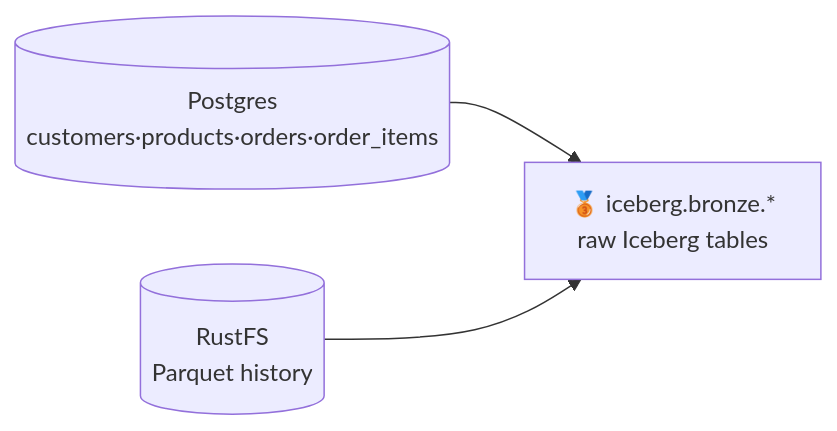
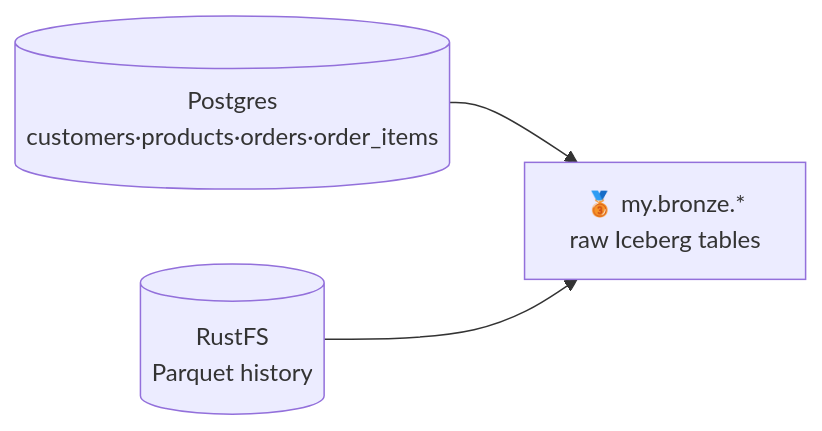
One commit to maarthala/data-engineering-lab changed the diagram in training/docs/unit4/read-bronze.md. Above: the diagram before and after it, drawn with Mermaid. The commit also changed other lines of this file and 55 other files, not shown here.

````diff
--- a/training/docs/unit4/read-bronze.md
+++ b/training/docs/unit4/read-bronze.md
@@ -14,6 +14,6 @@
 ```mermaid
 flowchart LR
   PG[(Postgres<br/>customers·products·orders·order_items)] --> B
   S3[(RustFS<br/>Parquet history)] --> B
-  B["🥉 iceberg.bronze.*<br/>raw Iceberg tables"]
+  B["🥉 my.bronze.*<br/>raw Iceberg tables"]
 ```
````
